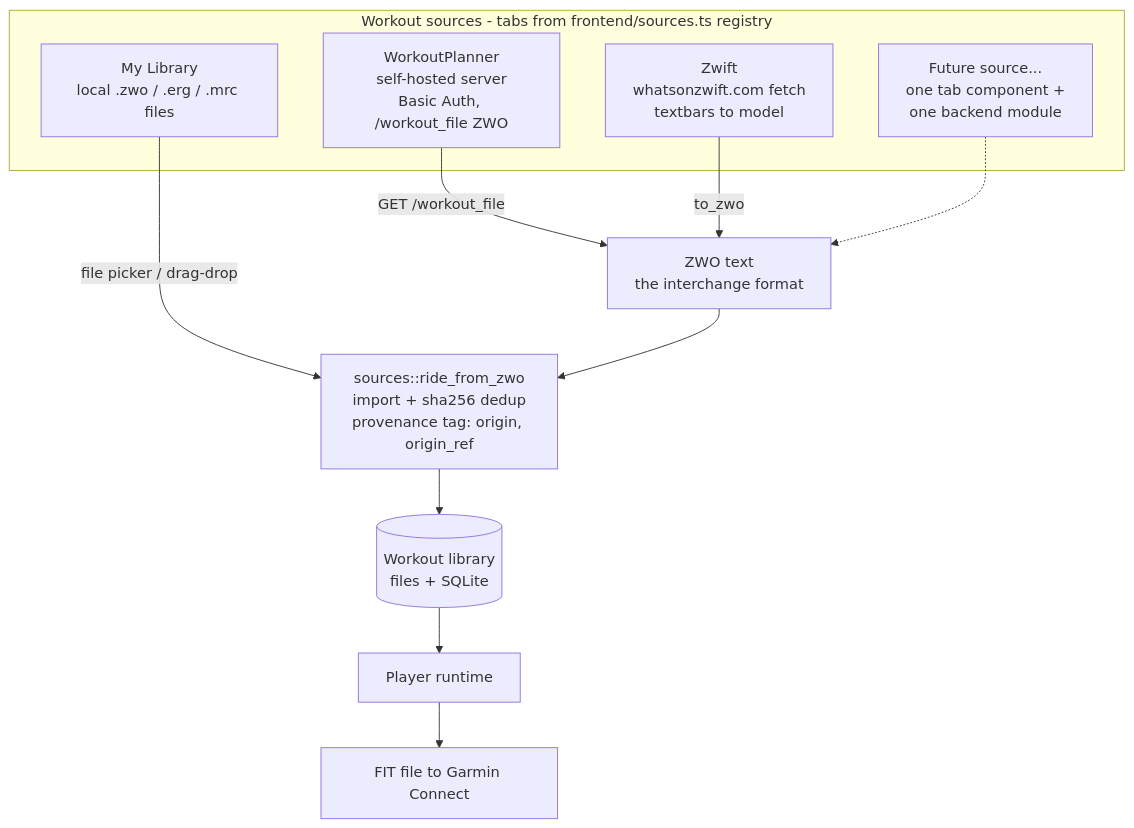
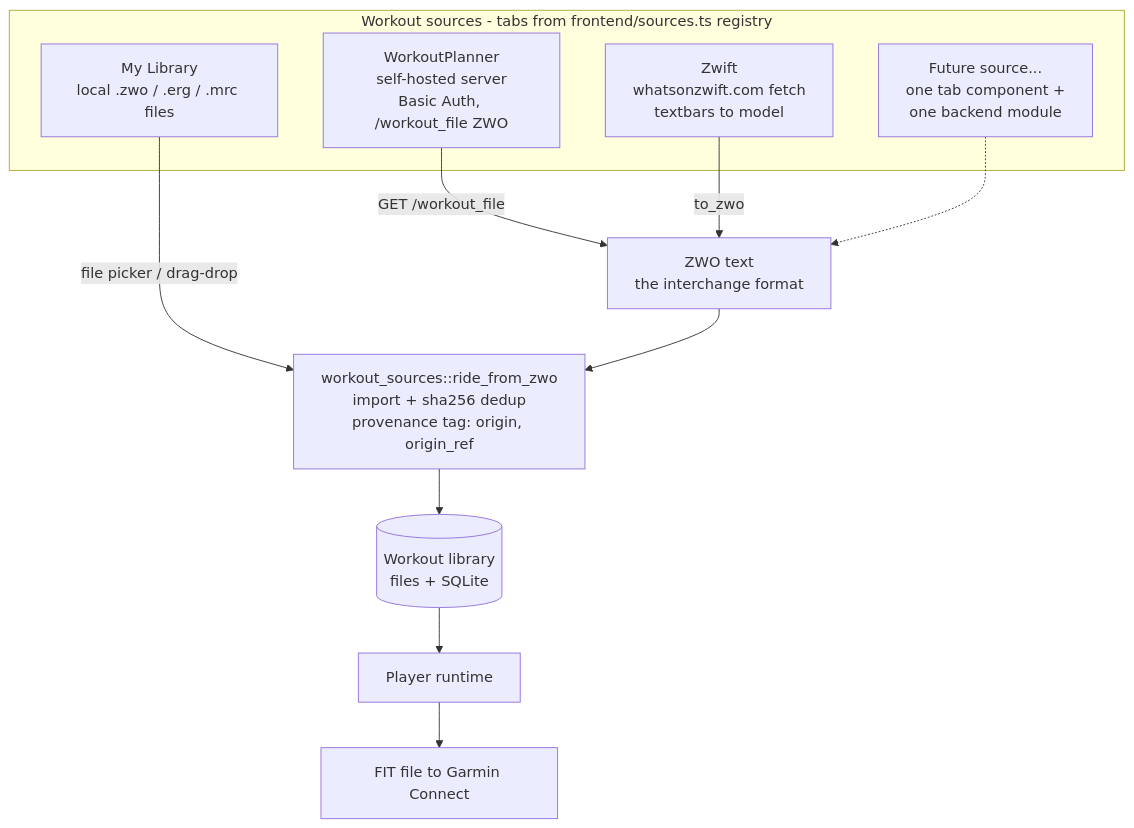
The first of 3 diagrams in docs/architecture.md (sergioclemente/TrainerPro), drawn with Mermaid before and after one commit. The commit also changed other lines of this file and 29 other files, not shown here.

````diff
--- a/docs/architecture.md
+++ b/docs/architecture.md
@@ -15,24 +15,24 @@
 ```mermaid
 flowchart TD
     subgraph SRCS["Workout sources - tabs from frontend/sources.ts registry"]
         LOCAL["My Library<br/>local .zwo / .erg / .mrc files"]
         WP["WorkoutPlanner<br/>self-hosted server<br/>Basic Auth, /workout_file ZWO"]
         WOZ["Zwift<br/>whatsonzwift.com fetch<br/>textbars to model"]
         FUTURE["Future source...<br/>one tab component +<br/>one backend module"]
     end
 
     ZWO["ZWO text<br/>the interchange format"]
-    PIPE["sources::ride_from_zwo<br/>import + sha256 dedup<br/>provenance tag: origin, origin_ref"]
+    PIPE["workout_sources::ride_from_zwo<br/>import + sha256 dedup<br/>provenance tag: origin, origin_ref"]
     LIB[("Workout library<br/>files + SQLite")]
     PLAYER["Player runtime"]
     FIT["FIT file to Garmin Connect"]
 
     LOCAL -->|file picker / drag-drop| PIPE
     WP -->|GET /workout_file| ZWO
     WOZ -->|to_zwo| ZWO
     FUTURE -.-> ZWO
     ZWO --> PIPE
     PIPE --> LIB
     LIB --> PLAYER
     PLAYER --> FIT
 ```
````
